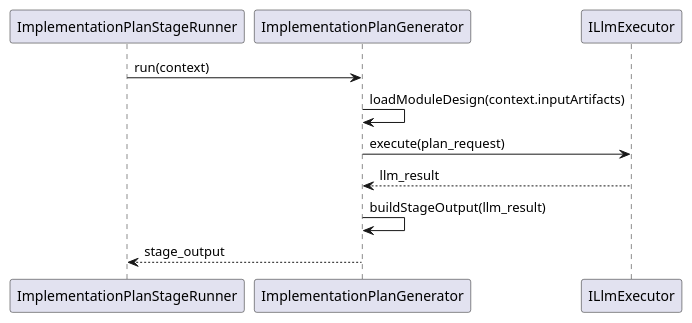
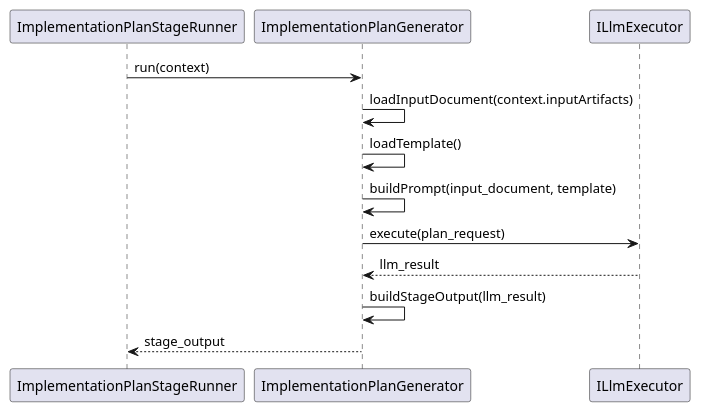
The second of 2 diagrams in meta_layer/docs/design_docs/Execution/ImplementationPlanGenerator.md (lucky-chen/ai_workflow_travel), drawn with PlantUML before and after one commit. The commit also changed other lines of this file and 7 other files, not shown here.

First line of the commit message:
[AI] gpt-5.4: align implementation plan driven execution docs

````diff
--- a/meta_layer/docs/design_docs/Execution/ImplementationPlanGenerator.md
+++ b/meta_layer/docs/design_docs/Execution/ImplementationPlanGenerator.md
@@ -52,14 +63,16 @@
 ```plantuml
 @startuml
 participant ImplementationPlanStageRunner
 participant ImplementationPlanGenerator
 participant ILlmExecutor
 
 ImplementationPlanStageRunner -> ImplementationPlanGenerator: run(context)
-ImplementationPlanGenerator -> ImplementationPlanGenerator: loadModuleDesign(context.inputArtifacts)
+ImplementationPlanGenerator -> ImplementationPlanGenerator: loadInputDocument(context.inputArtifacts)
+ImplementationPlanGenerator -> ImplementationPlanGenerator: loadTemplate()
+ImplementationPlanGenerator -> ImplementationPlanGenerator: buildPrompt(input_document, template)
 ImplementationPlanGenerator -> ILlmExecutor: execute(plan_request)
 ILlmExecutor --> ImplementationPlanGenerator: llm_result
 ImplementationPlanGenerator -> ImplementationPlanGenerator: buildStageOutput(llm_result)
 ImplementationPlanGenerator --> ImplementationPlanStageRunner: stage_output
 @enduml
 ```
````
